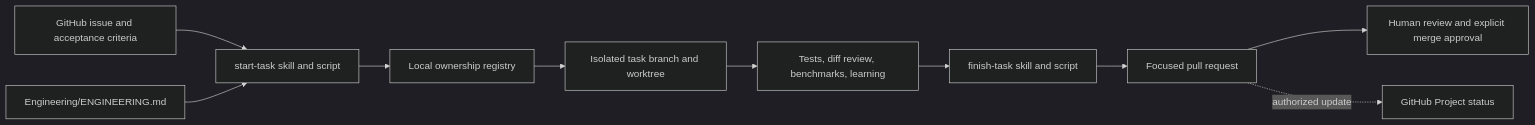
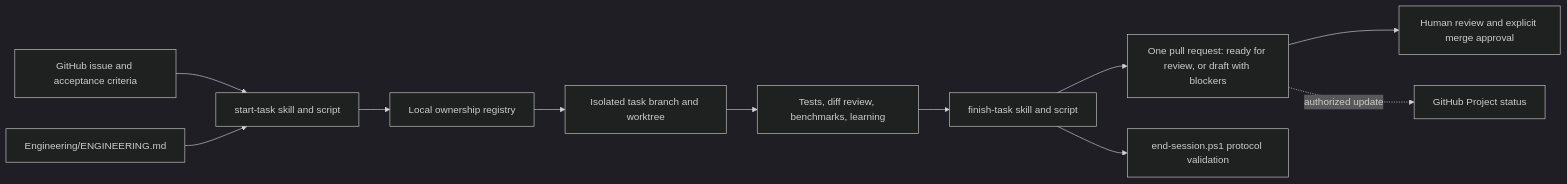
The diagram in Engineering/ARCHITECTURE.md (chojona/pc-optimizer), drawn with Mermaid (dark theme) before and after one commit. The commit also changed other lines of this file and 20 other files, not shown here.

````diff
--- a/Engineering/ARCHITECTURE.md
+++ b/Engineering/ARCHITECTURE.md
@@ -5,12 +5,13 @@
 ```mermaid
 flowchart LR
     Issue[GitHub issue and acceptance criteria] --> Start[start-task skill and script]
     Rules[Engineering/ENGINEERING.md] --> Start
     Start --> Claim[Local ownership registry]
     Claim --> Tree[Isolated task branch and worktree]
     Tree --> Evidence[Tests, diff review, benchmarks, learning]
     Evidence --> Finish[finish-task skill and script]
-    Finish --> PR[Focused pull request]
+    Finish --> PR[One pull request: ready for review, or draft with blockers]
+    Finish --> Validate[end-session.ps1 protocol validation]
     PR --> Human[Human review and explicit merge approval]
     PR -. authorized update .-> Project[GitHub Project status]
 ```
````
